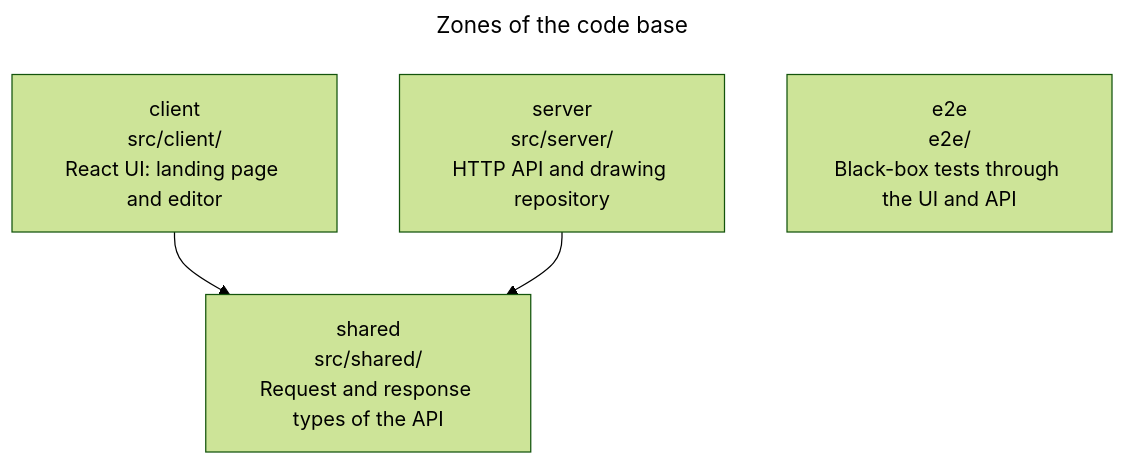
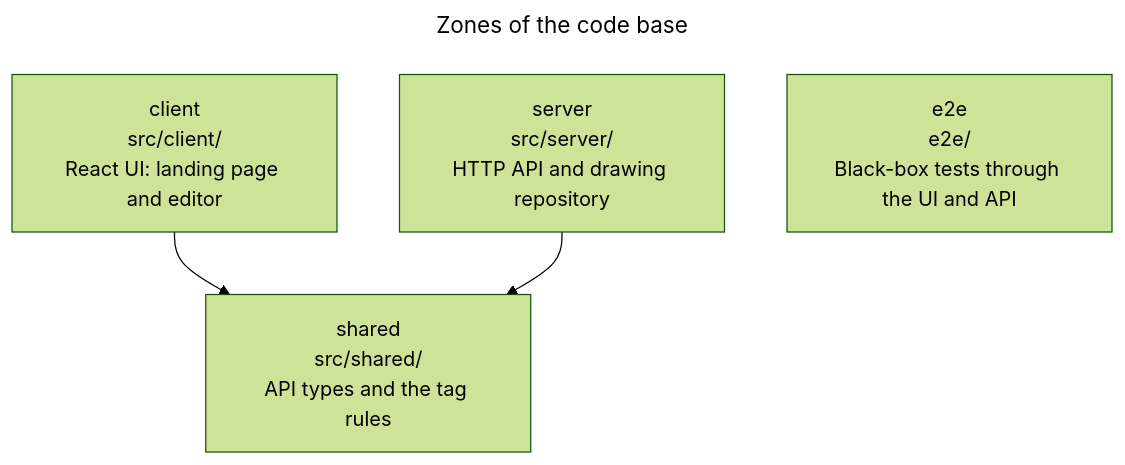
One commit to remshams/excalidraw-dashboard changed the third of 10 diagrams in docs/architecture/architecture.md. Above: the diagram before and after it, drawn with Mermaid (forest theme). The commit also changed other lines of this file and 3 other files, not shown here.

First line of the commit message:
docs(Architecture): describe tags, the migrations and the tag API

````diff
--- a/docs/architecture/architecture.md
+++ b/docs/architecture/architecture.md
@@ -76,12 +86,12 @@
 ```mermaid
 ---
 title: Zones of the code base
 ---
 flowchart TD
     client["client<br>src/client/<br>React UI: landing page and editor"]:::module
     server["server<br>src/server/<br>HTTP API and drawing repository"]:::module
-    shared["shared<br>src/shared/<br>Request and response types of the API"]:::module
+    shared["shared<br>src/shared/<br>API types and the tag rules"]:::module
     e2e["e2e<br>e2e/<br>Black-box tests through the UI and API"]:::module
     client --> shared
     server --> shared
 ```
````
